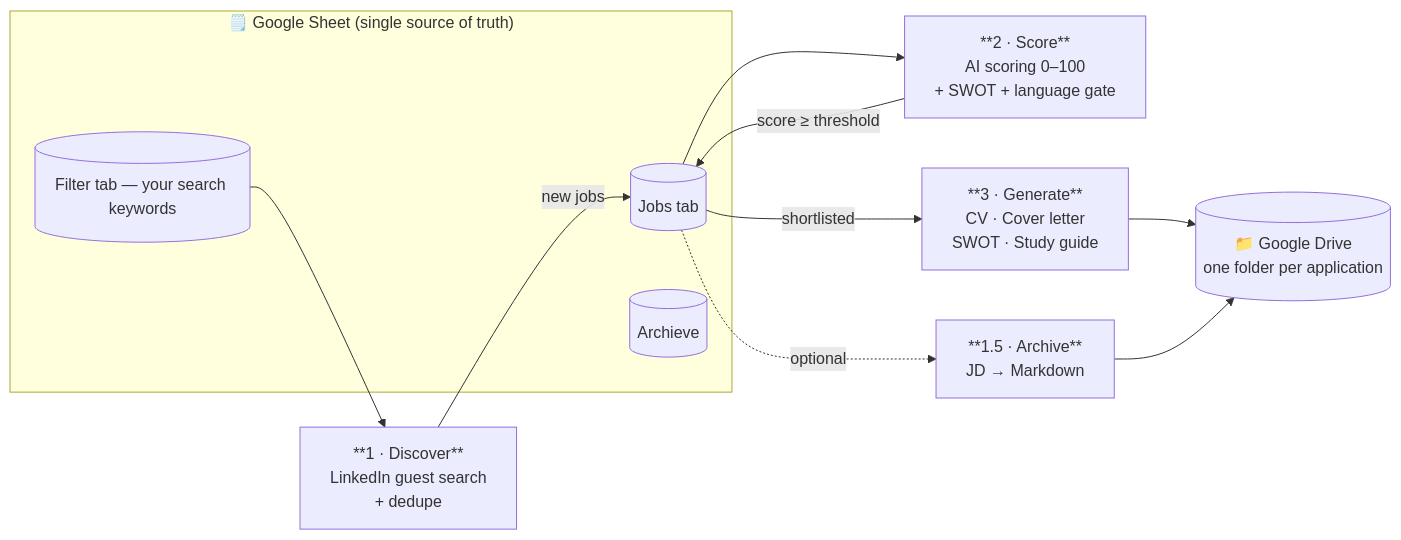
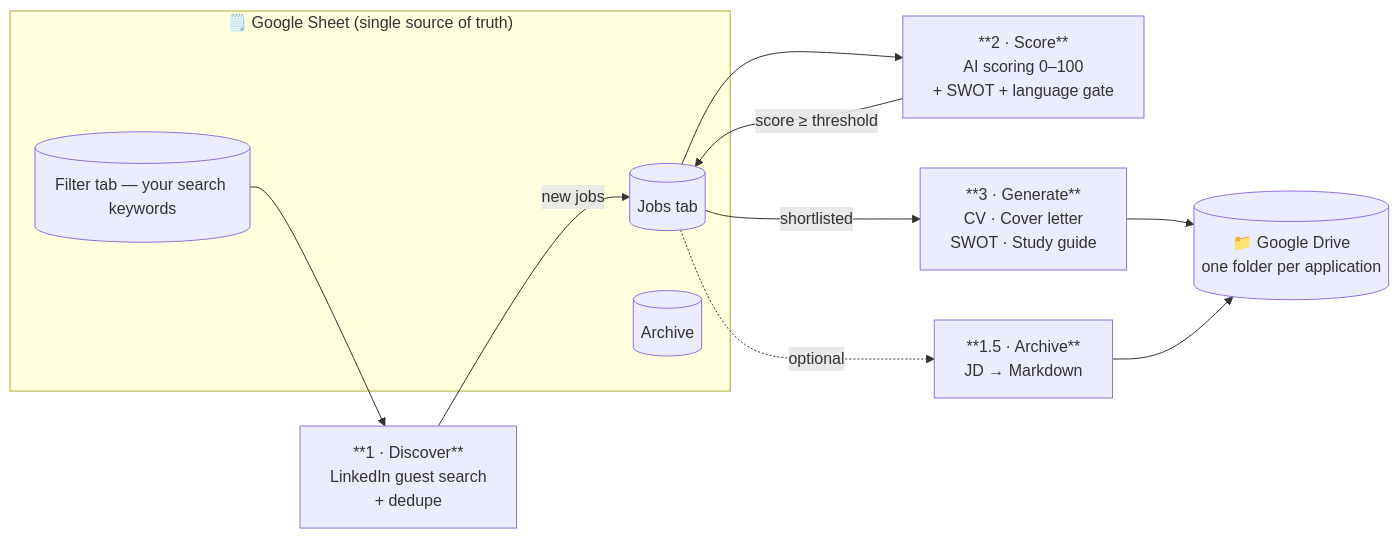
Before and after one commit to damran/role-radar: the diagram in README.md, drawn with Mermaid. The commit also changed other lines of this file and 13 other files, not shown here.

````diff
--- a/README.md
+++ b/README.md
@@ -43,17 +43,17 @@
 ```mermaid
 flowchart LR
   subgraph Sheet["🗒️ Google Sheet (single source of truth)"]
     JOBS[(Jobs tab)]
     FILTER[(Filter tab — your search keywords)]
-    ARCH[(Archieve)]
+    ARCH[(Archive)]
   end
 
   FILTER --> P1
   P1["**1 · Discover**<br/>LinkedIn guest search<br/>+ dedupe"] -->|new jobs| JOBS
   JOBS --> P2["**2 · Score**<br/>AI scoring 0–100<br/>+ SWOT + language gate"]
   P2 -->|score ≥ threshold| JOBS
   JOBS -->|shortlisted| P3["**3 · Generate**<br/>CV · Cover letter<br/>SWOT · Study guide"]
   P3 --> DRIVE[(📁 Google Drive<br/>one folder per application)]
   JOBS -.optional.-> P15["**1.5 · Archive**<br/>JD → Markdown"]
   P15 --> DRIVE
 ```
````
